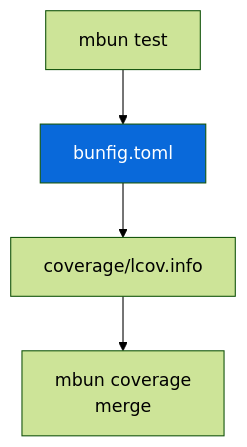
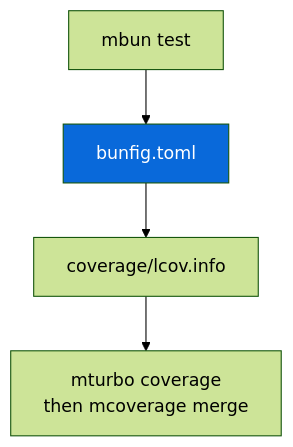
Before and after one commit to Archont561/ts-monorepo-template: the diagram in configs/bun-config/AGENT.md, drawn with Mermaid (forest theme). The commit also changed other lines of this file and 22 other files, not shown here.

````diff
--- a/configs/bun-config/AGENT.md
+++ b/configs/bun-config/AGENT.md
@@ -18,8 +18,8 @@
 ```mermaid
 graph TD
     A[mbun test] --> B[bunfig.toml]
     B --> C[coverage/lcov.info]
-    C --> D[mbun coverage<br/>merge]
+    C --> D[mturbo coverage<br/>then mcoverage merge]
 
     style B fill:#0969DA,color:#fff
 ```
````
